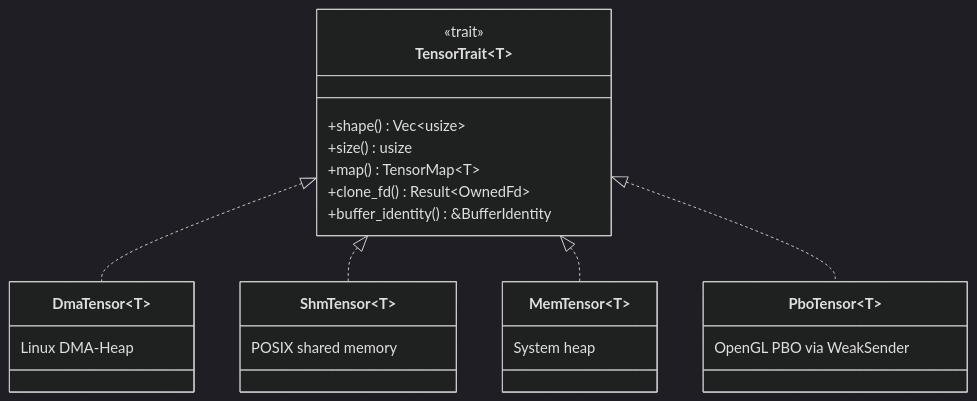
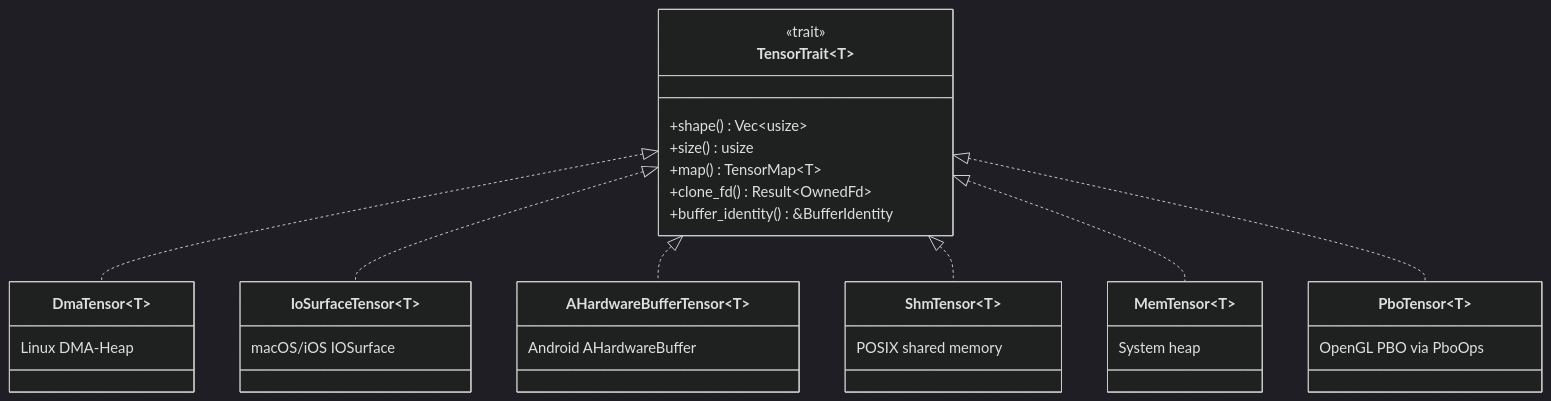
The first of 2 diagrams in crates/tensor/ARCHITECTURE.md (EdgeFirstAI/hal), drawn with Mermaid (dark theme) before and after one commit. The commit also changed other lines of this file and 63 other files, not shown here.

````diff
--- a/crates/tensor/ARCHITECTURE.md
+++ b/crates/tensor/ARCHITECTURE.md
@@ -46,21 +61,25 @@
 ```mermaid
 classDiagram
     class TensorTrait~T~ {
         <<trait>>
         +shape() Vec~usize~
         +size() usize
         +map() TensorMap~T~
         +clone_fd() Result~OwnedFd~
         +buffer_identity() &BufferIdentity
     }
 
     class DmaTensor~T~ { Linux DMA-Heap }
+    class IoSurfaceTensor~T~ { macOS/iOS IOSurface }
+    class AHardwareBufferTensor~T~ { Android AHardwareBuffer }
     class ShmTensor~T~ { POSIX shared memory }
     class MemTensor~T~ { System heap }
-    class PboTensor~T~ { OpenGL PBO via WeakSender }
+    class PboTensor~T~ { OpenGL PBO via PboOps }
 
     TensorTrait <|.. DmaTensor
+    TensorTrait <|.. IoSurfaceTensor
+    TensorTrait <|.. AHardwareBufferTensor
     TensorTrait <|.. ShmTensor
     TensorTrait <|.. MemTensor
     TensorTrait <|.. PboTensor
 ```
````
